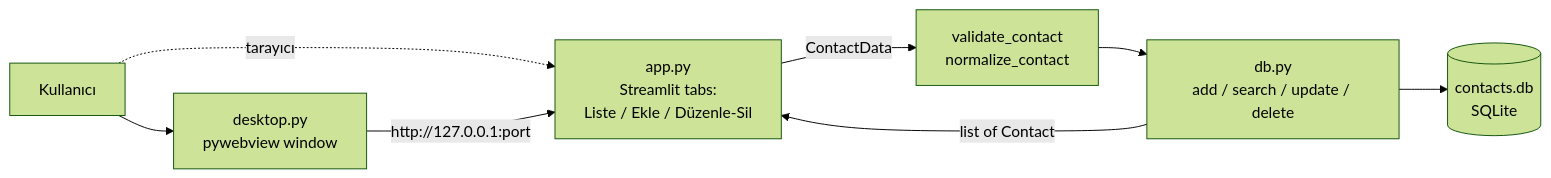
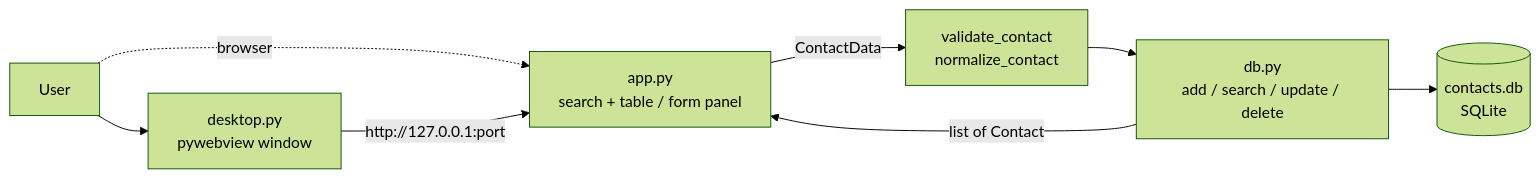
Before and after one commit to farukcan/addressbook_streamlit: the diagram in README.md, drawn with Mermaid (forest theme). The commit also changed other lines of this file and 3 other files, not shown here.

````diff
--- a/README.md
+++ b/README.md
@@ -23,10 +24,10 @@
 ```mermaid
 flowchart LR
-    U[Kullanıcı] --> W[desktop.py<br/>pywebview window]
-    U -.->|tarayıcı| UI
-    W -->|http://127.0.0.1:port| UI[app.py<br/>Streamlit tabs:<br/>Liste / Ekle / Düzenle-Sil]
+    U[User] --> W[desktop.py<br/>pywebview window]
+    U -.->|browser| UI
+    W -->|http://127.0.0.1:port| UI[app.py<br/>search + table / form panel]
     UI -->|ContactData| V[validate_contact<br/>normalize_contact]
     V --> DB[db.py<br/>add / search / update / delete]
     DB --> S[(contacts.db<br/>SQLite)]
     DB -->|list of Contact| UI
 ```
````
